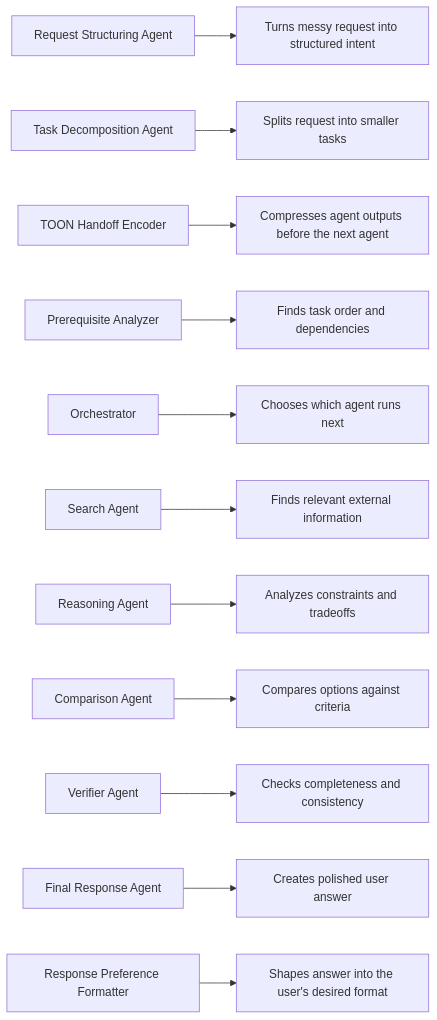
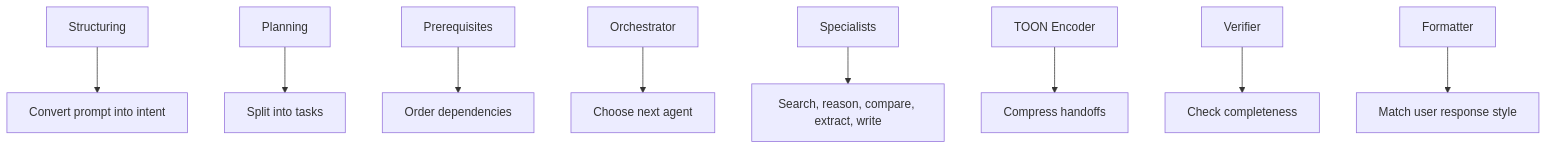
Before and after one commit to Hassaan146/agentic-ai-workflow: the fourth of 10 diagrams in docs/diagrams.md, drawn with Mermaid. The commit also changed other lines of this file, not shown here.

Commit message:
Make diagrams PDF export friendly

````diff
--- a/docs/diagrams.md
+++ b/docs/diagrams.md
@@ -55,14 +67,11 @@
 ```mermaid
-flowchart LR
-    A["Request Structuring Agent"] --> A1["Turns messy request into structured intent"]
-    B["Task Decomposition Agent"] --> B1["Splits request into smaller tasks"]
-    J["TOON Handoff Encoder"] --> J1["Compresses agent outputs before the next agent"]
-    C["Prerequisite Analyzer"] --> C1["Finds task order and dependencies"]
-    D["Orchestrator"] --> D1["Chooses which agent runs next"]
-    E["Search Agent"] --> E1["Finds relevant external information"]
-    F["Reasoning Agent"] --> F1["Analyzes constraints and tradeoffs"]
-    G["Comparison Agent"] --> G1["Compares options against criteria"]
-    H["Verifier Agent"] --> H1["Checks completeness and consistency"]
-    I["Final Response Agent"] --> I1["Creates polished user answer"]
-    K["Response Preference Formatter"] --> K1["Shapes answer into the user's desired format"]
+flowchart TD
+    A["Structuring"] --> A1["Convert prompt into intent"]
+    B["Planning"] --> B1["Split into tasks"]
+    C["Prerequisites"] --> C1["Order dependencies"]
+    D["Orchestrator"] --> D1["Choose next agent"]
+    E["Specialists"] --> E1["Search, reason, compare, extract, write"]
+    F["TOON Encoder"] --> F1["Compress handoffs"]
+    G["Verifier"] --> G1["Check completeness"]
+    H["Formatter"] --> H1["Match user response style"]
 ```
````
